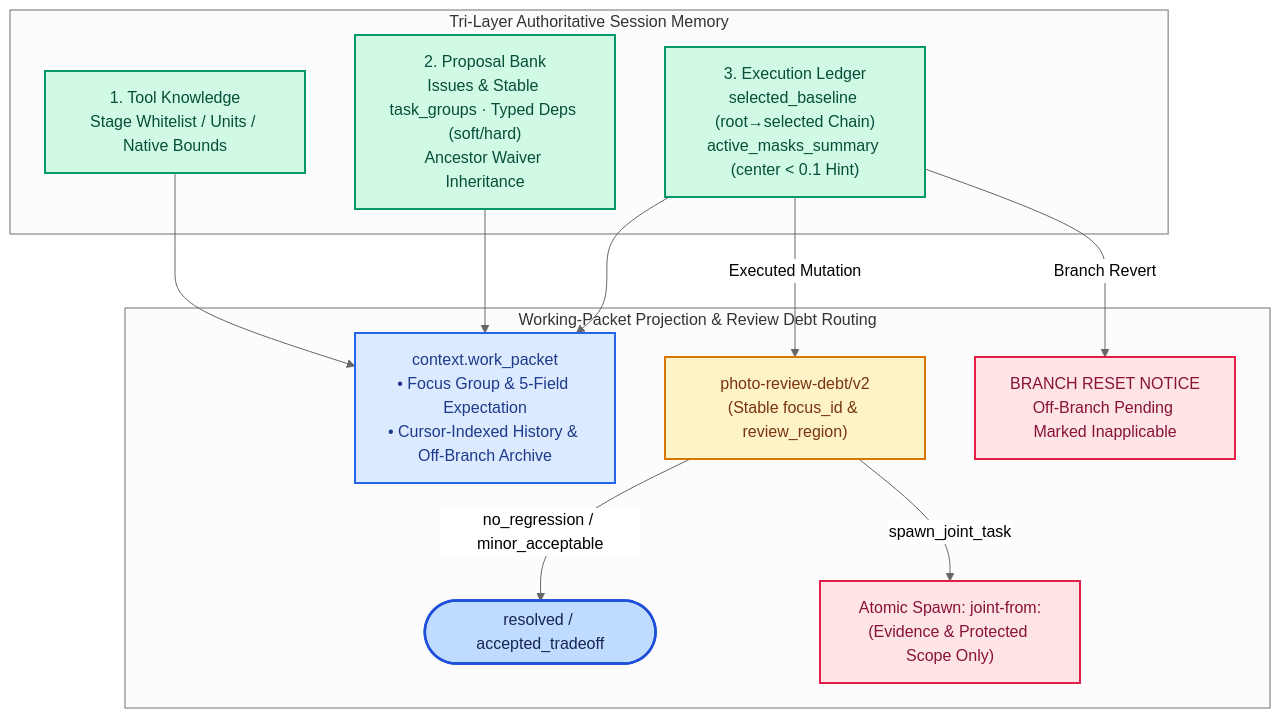
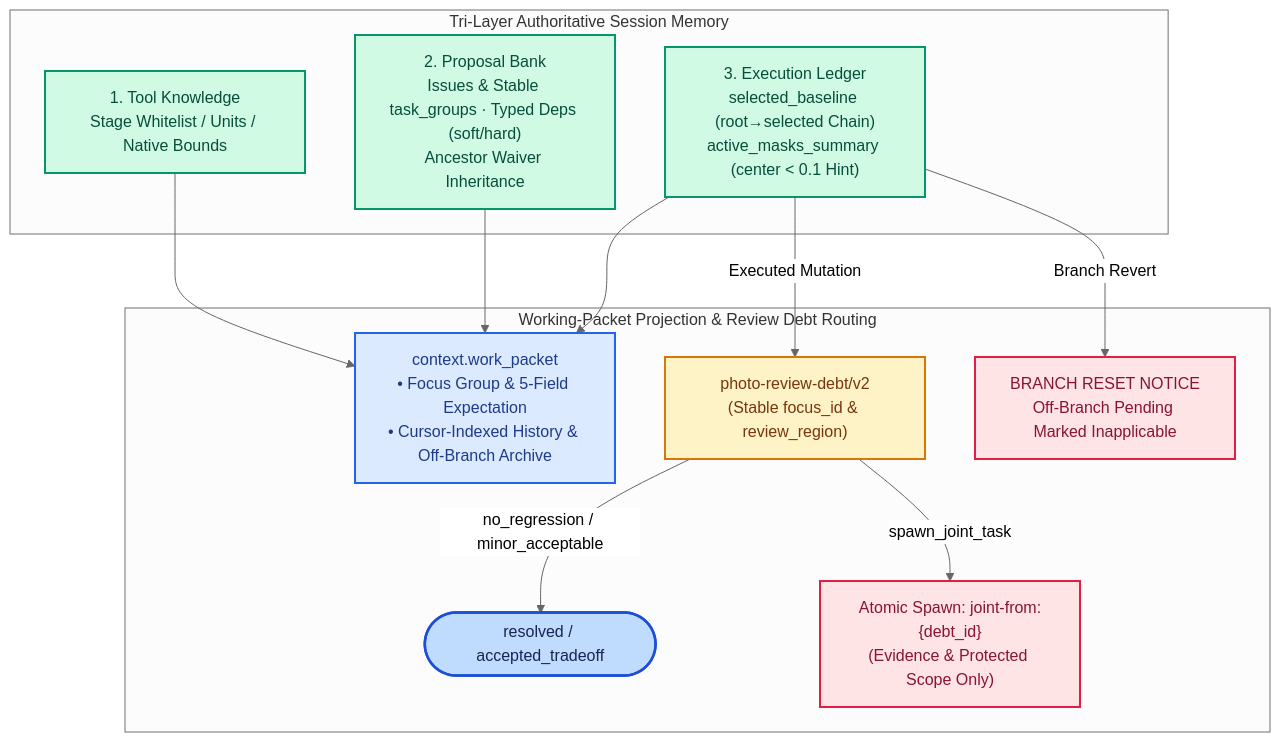
One commit to ARCHIC001/RetouchAgain changed the third of 4 diagrams in README.md. Above: the diagram before and after it, drawn with Mermaid (neutral theme). The commit also changed other lines of this file and 1 other file, not shown here.

````diff
--- a/README.md
+++ b/README.md
@@ -95,22 +95,22 @@
 ```mermaid
 flowchart TB
     classDef flowMid fill:#dbeafe,stroke:#2563eb,color:#1e3a8a,stroke-width:2px
     classDef flowEnd fill:#bfdbfe,stroke:#1d4ed8,color:#172554,stroke-width:2.5px
     classDef origMemory fill:#d1fae5,stroke:#059669,color:#064e3b,stroke-width:2px
     classDef origGuard fill:#ffe4e6,stroke:#e11d48,color:#881337,stroke-width:2px
     classDef origVisual fill:#fef3c7,stroke:#d97706,color:#78350f,stroke-width:2px
 
     subgraph Memory["Tri-Layer Authoritative Session Memory"]
         TK["1. Tool Knowledge<br/>Stage Whitelist / Units / Native Bounds"]:::origMemory
         PB["2. Proposal Bank<br/>Issues & Stable task_groups · Typed Deps (soft/hard)<br/>Ancestor Waiver Inheritance"]:::origMemory
         EL["3. Execution Ledger<br/>selected_baseline (root→selected Chain)<br/>active_masks_summary (center < 0.1 Hint)"]:::origMemory
     end
 
     subgraph Flow["Working-Packet Projection & Review Debt Routing"]
         TK & PB & EL --> WP["context.work_packet<br/>• Focus Group & 5-Field Expectation<br/>• Cursor-Indexed History & Off-Branch Archive"]:::flowMid
         EL -->|"Executed Mutation"| Debt["photo-review-debt/v2<br/>(Stable focus_id & review_region)"]:::origVisual
         Debt -->|"no_regression / minor_acceptable"| Settled(["resolved / accepted_tradeoff"]):::flowEnd
-        Debt -->|"spawn_joint_task"| JointSpawn["Atomic Spawn: joint-from:<debt_id><br/>(Evidence & Protected Scope Only)"]:::origGuard
+        Debt -->|"spawn_joint_task"| JointSpawn["Atomic Spawn: joint-from:{debt_id}<br/>(Evidence & Protected Scope Only)"]:::origGuard
         EL -->|"Branch Revert"| Reset["BRANCH RESET NOTICE<br/>Off-Branch Pending Marked Inapplicable"]:::origGuard
     end
 ```
````
